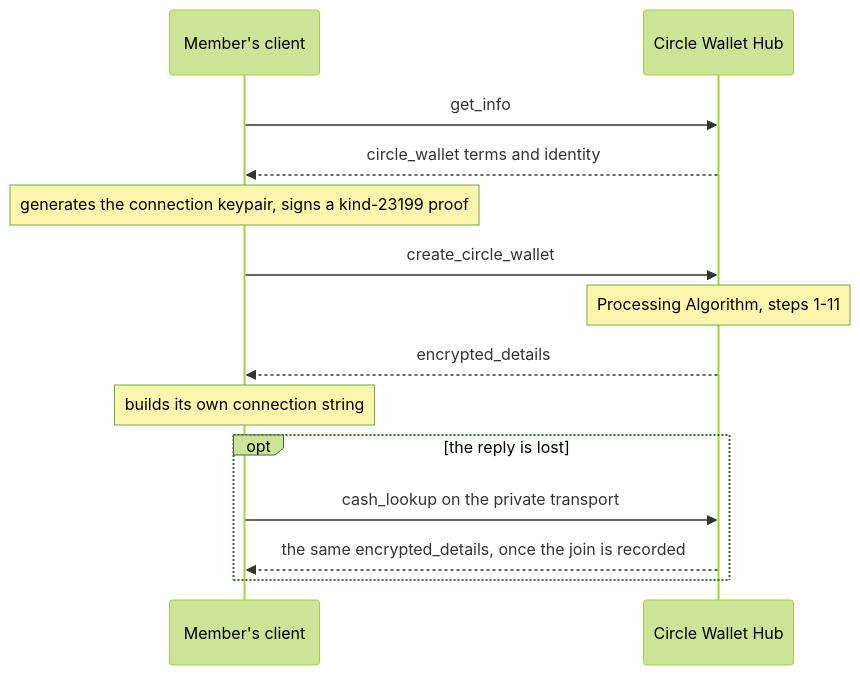
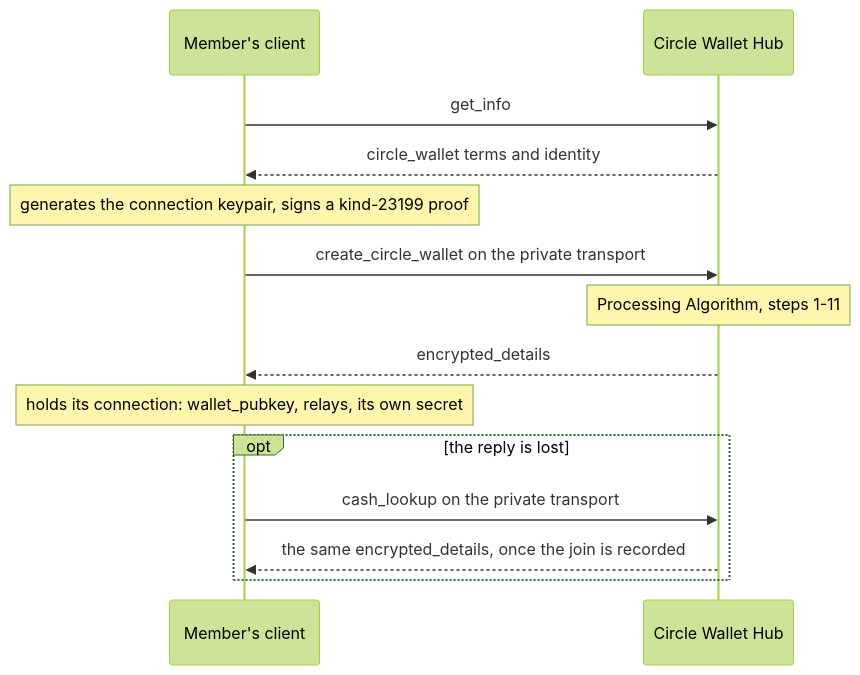
One commit to ohstr/nips changed the first of 3 diagrams in NIP-CW.md. Above: the diagram before and after it, drawn with Mermaid (forest theme). The commit also changed other lines of this file, not shown here.

Commit message:
docs(nip-cw): make circle joins private-only, sign circlehub1, add accepting and a capped available_millis

````diff
--- a/NIP-CW.md
+++ b/NIP-CW.md
@@ -134,16 +134,16 @@
 ```mermaid
 sequenceDiagram
     participant M as Member's client
     participant H as Circle Wallet Hub
     M->>H: get_info
     H-->>M: circle_wallet terms and identity
     Note over M: generates the connection keypair, signs a kind-23199 proof
-    M->>H: create_circle_wallet
+    M->>H: create_circle_wallet on the private transport
     Note over H: Processing Algorithm, steps 1-11
     H-->>M: encrypted_details
-    Note over M: builds its own connection string
+    Note over M: holds its connection: wallet_pubkey, relays, its own secret
     opt the reply is lost
         M->>H: cash_lookup on the private transport
         H-->>M: the same encrypted_details, once the join is recorded
     end
 ```
````
